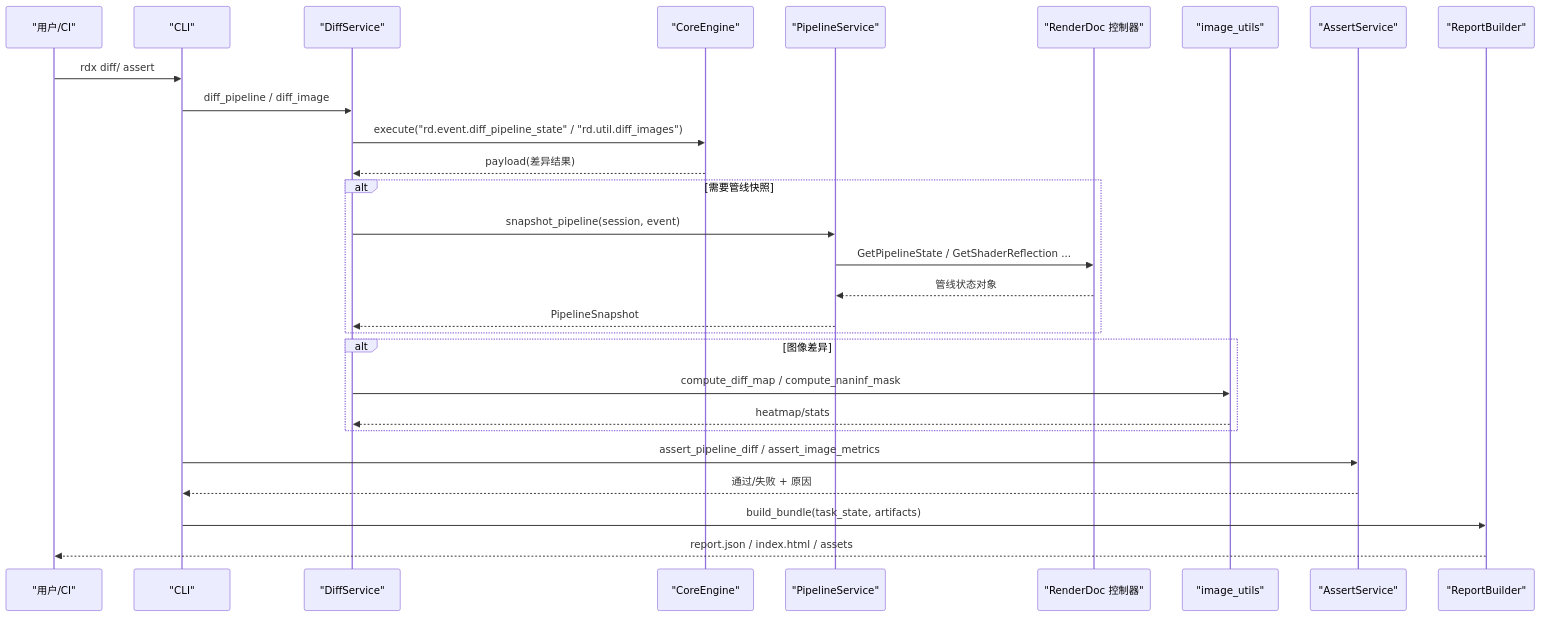
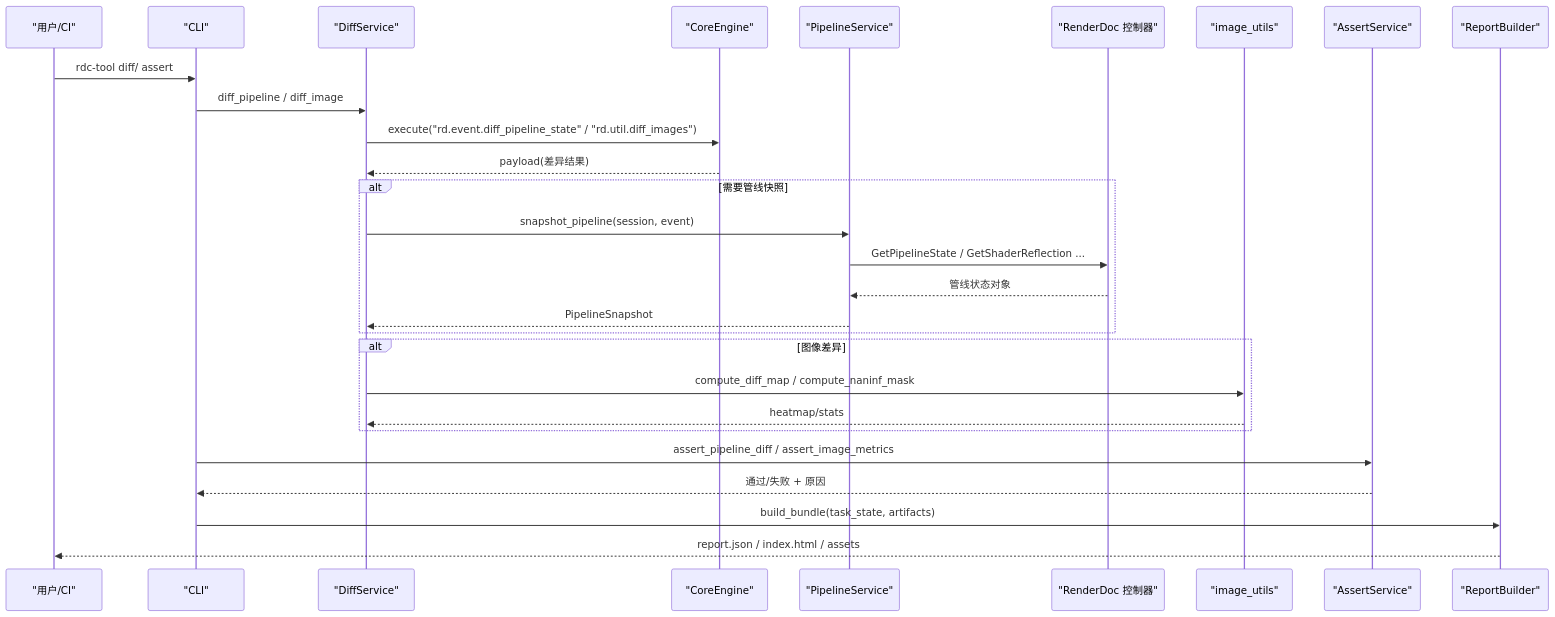
One commit to haolange/RDC-Tool changed the second of 5 diagrams in .qoder/repowiki/zh/content/核心服务/差异比较服务.md. Above: the diagram before and after it, drawn with Mermaid. The commit also changed other lines of this file and 388 other files, not shown here.

First line of the commit message:
Release RDC-Tool identity and public maintenance surface

````diff
--- a/.qoder/repowiki/zh/content/核心服务/差异比较服务.md
+++ b/.qoder/repowiki/zh/content/核心服务/差异比较服务.md
@@ -122,30 +122,30 @@
 ```mermaid
 sequenceDiagram
 participant U as "用户/CI"
 participant CLI as "CLI"
 participant DS as "DiffService"
 participant CE as "CoreEngine"
 participant PS as "PipelineService"
 participant RD as "RenderDoc 控制器"
 participant IU as "image_utils"
 participant AS as "AssertService"
 participant RB as "ReportBuilder"
-U->>CLI : rdx diff/ assert
+U->>CLI : rdc-tool diff/ assert
 CLI->>DS : diff_pipeline / diff_image
 DS->>CE : execute("rd.event.diff_pipeline_state" / "rd.util.diff_images")
 CE-->>DS : payload(差异结果)
 alt 需要管线快照
 DS->>PS : snapshot_pipeline(session, event)
 PS->>RD : GetPipelineState / GetShaderReflection ...
 RD-->>PS : 管线状态对象
 PS-->>DS : PipelineSnapshot
 end
 alt 图像差异
 DS->>IU : compute_diff_map / compute_naninf_mask
 IU-->>DS : heatmap/stats
 end
 CLI->>AS : assert_pipeline_diff / assert_image_metrics
 AS-->>CLI : 通过/失败 + 原因
 CLI->>RB : build_bundle(task_state, artifacts)
 RB-->>U : report.json / index.html / assets
 ```
````
